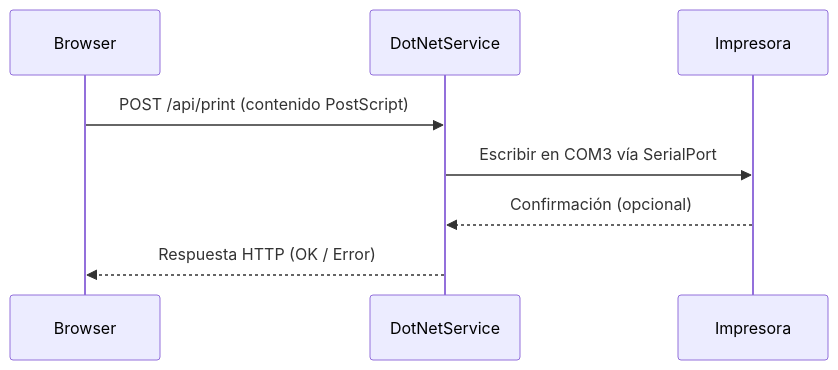
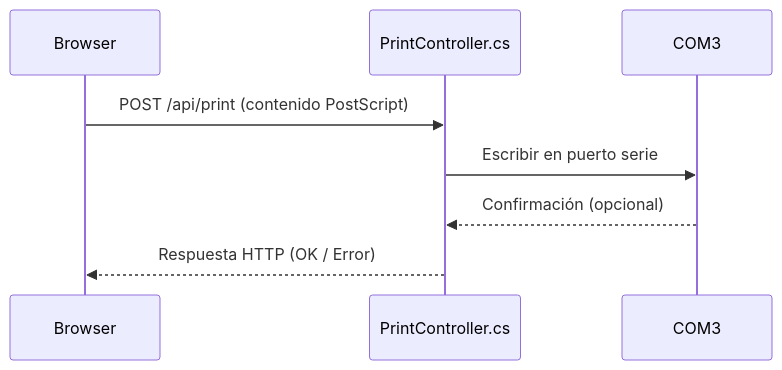
One commit to mjalaf/ps-printer-emulator changed the second of 2 diagrams in README.md. Above: the diagram before and after it, drawn with Mermaid. The commit also changed other lines of this file and 12 other files, not shown here.

````diff
--- a/README.md
+++ b/README.md
@@ -102,11 +106,11 @@
 ```mermaid
 sequenceDiagram
     participant Browser
-    participant DotNetService
-    participant Impresora
+    participant PrintController.cs
+    participant COM3
 
-    Browser->>DotNetService: POST /api/print (contenido PostScript)
-    DotNetService->>Impresora: Escribir en COM3 vía SerialPort
-    Impresora-->>DotNetService: Confirmación (opcional)
-    DotNetService-->>Browser: Respuesta HTTP (OK / Error)
+    Browser->>PrintController.cs: POST /api/print (contenido PostScript)
+    PrintController.cs->>COM3: Escribir en puerto serie
+    COM3-->>PrintController.cs: Confirmación (opcional)
+    PrintController.cs-->>Browser: Respuesta HTTP (OK / Error)
 ```
````
